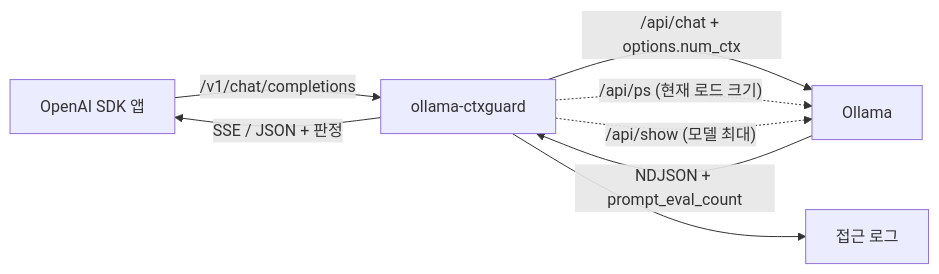
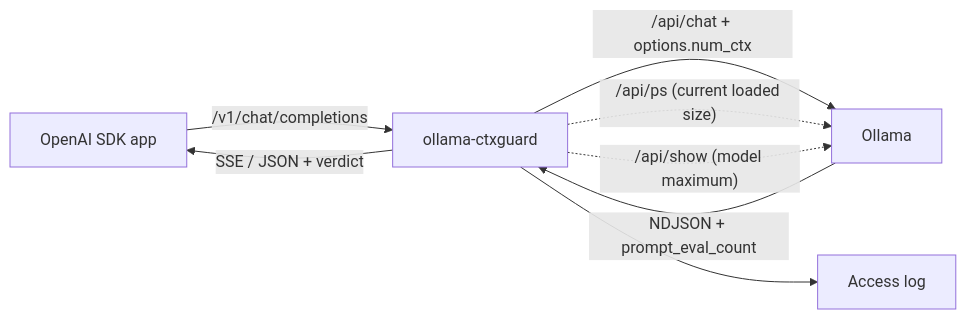
One commit to LeeGyeongPil/ollama-ctxguard changed the diagram in README.md. Above: the diagram before and after it, drawn with Mermaid. The commit also changed other lines of this file and 2 other files, not shown here.

````diff
--- a/README.md
+++ b/README.md
@@ -254,10 +252,10 @@
 ```mermaid
 flowchart LR
-  A[OpenAI SDK 앱] -->|/v1/chat/completions| P[ollama-ctxguard]
+  A["OpenAI SDK app"] -->|/v1/chat/completions| P[ollama-ctxguard]
   P -->|"/api/chat + options.num_ctx"| O[Ollama]
   O -->|NDJSON + prompt_eval_count| P
-  P -->|"SSE / JSON + 판정"| A
-  P -.->|"/api/ps (현재 로드 크기)"| O
-  P -.->|"/api/show (모델 최대)"| O
-  P --> L[접근 로그]
+  P -->|"SSE / JSON + verdict"| A
+  P -.->|"/api/ps (current loaded size)"| O
+  P -.->|"/api/show (model maximum)"| O
+  P --> L["Access log"]
 ```
````
